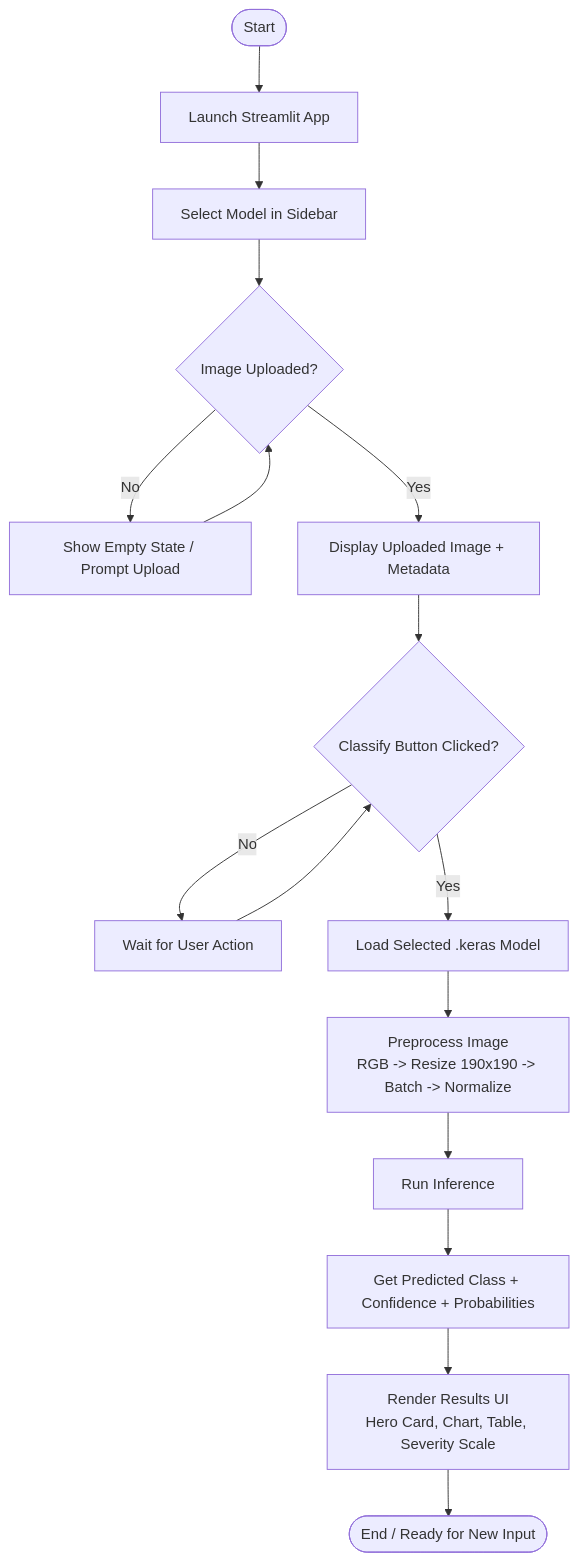
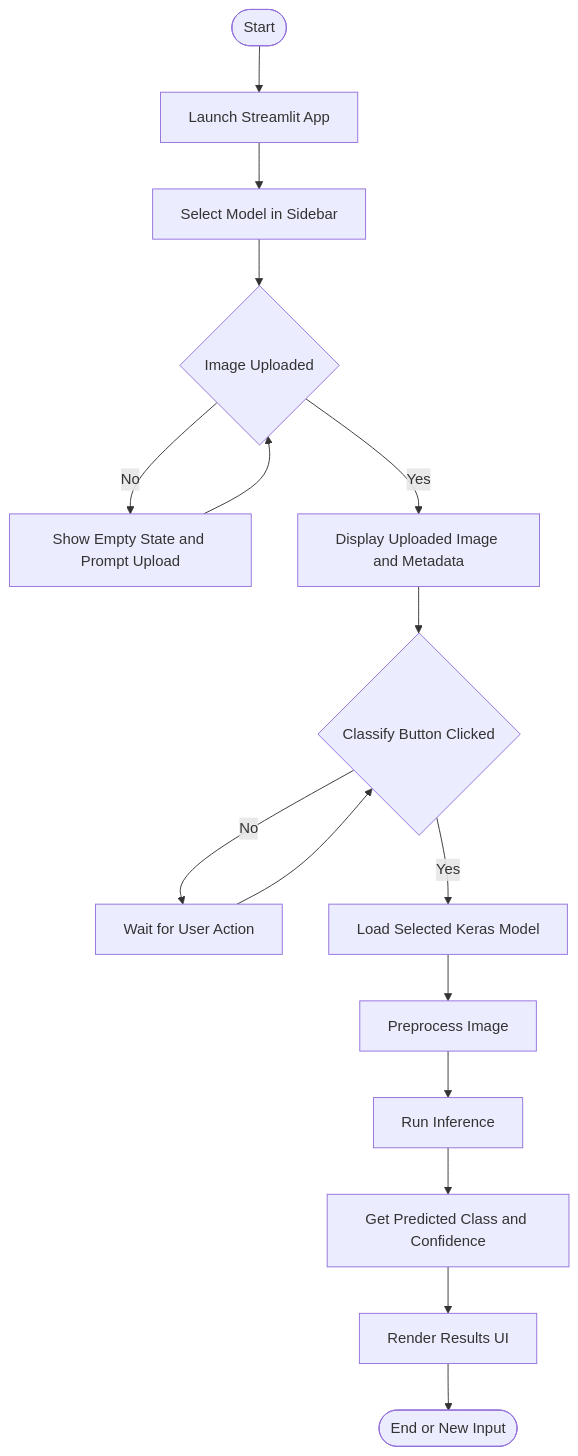
Before and after one commit to murerwanelson/VehicleDX: the first of 2 diagrams in README.md, drawn with Mermaid. The commit also changed other lines of this file and 1 other file, not shown here.

Commit message:
Fix Mermaid diagrams in README

````diff
--- a/README.md
+++ b/README.md
@@ -53,18 +53,18 @@
 ```mermaid
 flowchart TD
     A([Start]) --> B[Launch Streamlit App]
     B --> C[Select Model in Sidebar]
-    C --> D{Image Uploaded?}
-    D -- No --> E[Show Empty State / Prompt Upload]
+    C --> D{Image Uploaded}
+    D -- No --> E[Show Empty State and Prompt Upload]
     E --> D
-    D -- Yes --> F[Display Uploaded Image + Metadata]
-    F --> G{Classify Button Clicked?}
+    D -- Yes --> F[Display Uploaded Image and Metadata]
+    F --> G{Classify Button Clicked}
     G -- No --> H[Wait for User Action]
     H --> G
-    G -- Yes --> I[Load Selected .keras Model]
-    I --> J[Preprocess Image\nRGB -> Resize 190x190 -> Batch -> Normalize]
+    G -- Yes --> I[Load Selected Keras Model]
+    I --> J[Preprocess Image]
     J --> K[Run Inference]
-    K --> L[Get Predicted Class + Confidence + Probabilities]
-    L --> M[Render Results UI\nHero Card, Chart, Table, Severity Scale]
-    M --> N([End / Ready for New Input])
+    K --> L[Get Predicted Class and Confidence]
+    L --> M[Render Results UI]
+    M --> N([End or New Input])
 ```
````
